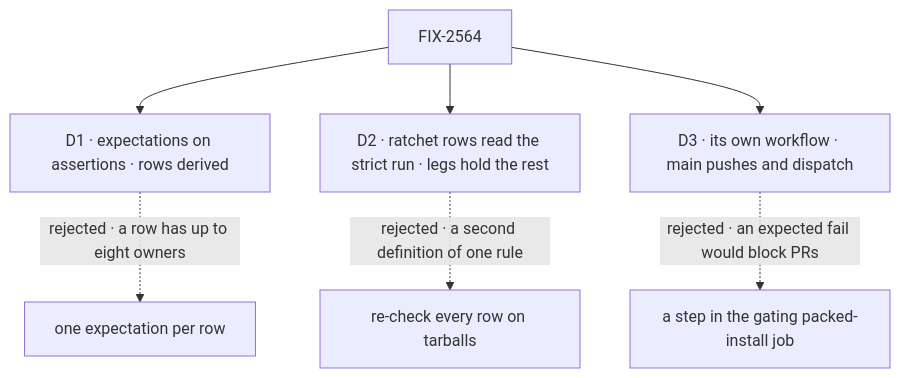
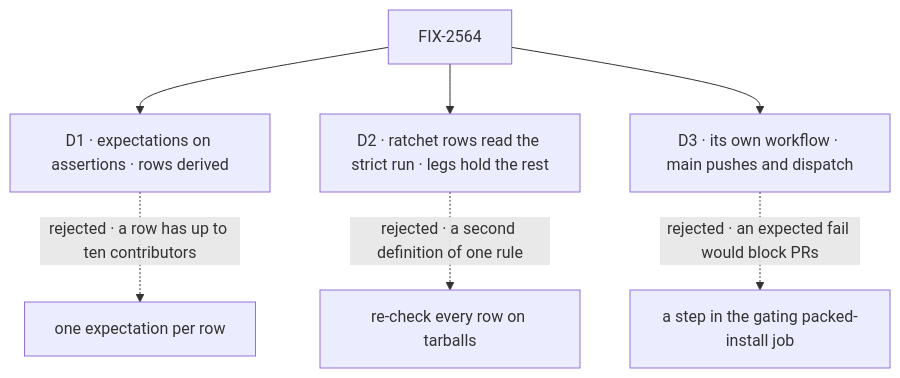
One commit to fixpoint-labs/flow-state-dev changed the diagram in specs/issues/FIX-2564/DECISIONS.md. Above: the diagram before and after it, drawn with Mermaid. The commit also changed other lines of this file and 4 other files, not shown here.

````diff
--- a/specs/issues/FIX-2564/DECISIONS.md
+++ b/specs/issues/FIX-2564/DECISIONS.md
@@ -10,9 +10,9 @@
 ```mermaid
 flowchart TD
   I["FIX-2564"] --> D1["D1 · expectations on assertions · rows derived"]
-  D1 -.->|"rejected · a row has up to eight owners"| X1["one expectation per row"]
+  D1 -.->|"rejected · a row has up to ten contributors"| X1["one expectation per row"]
   I --> D2["D2 · ratchet rows read the strict run · legs hold the rest"]
   D2 -.->|"rejected · a second definition of one rule"| X2["re-check every row on tarballs"]
   I --> D3["D3 · its own workflow · main pushes and dispatch"]
   D3 -.->|"rejected · an expected fail would block PRs"| X3["a step in the gating packed-install job"]
 ```
````
